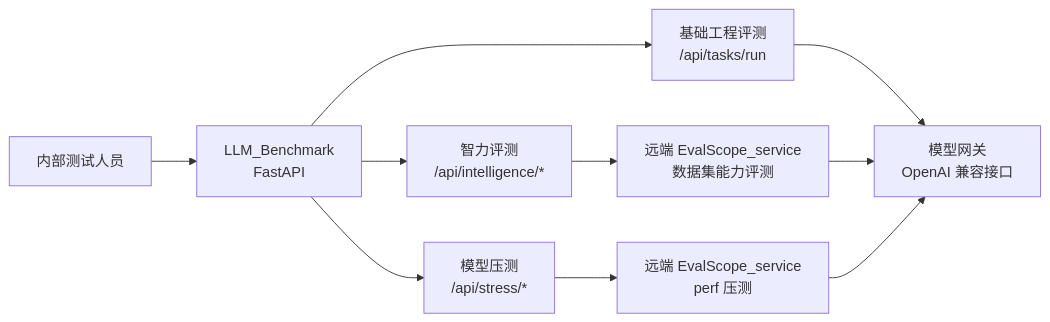
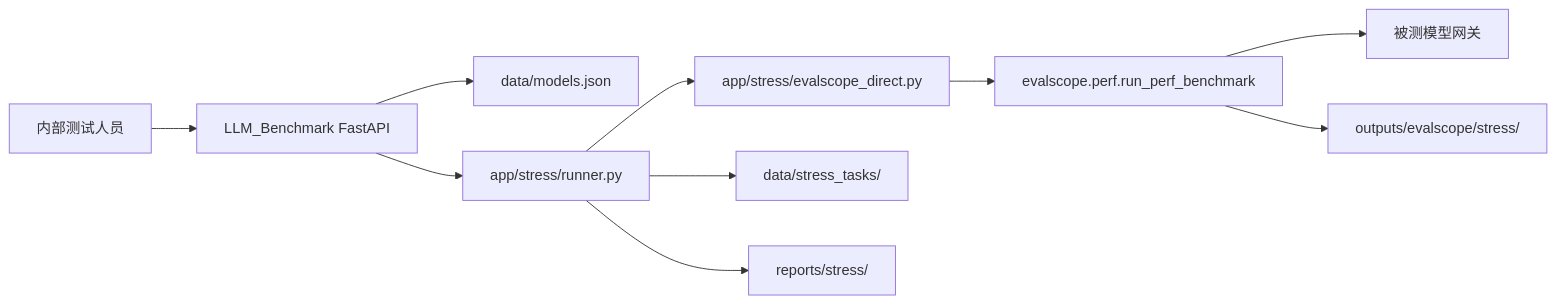
Before and after one commit to youzi211/LLM_Benchmark: the diagram in docs/superpowers/specs/2026-08-06-evalscope-stress-integration-design.md, drawn with Mermaid. The commit also changed other lines of this file and 66 other files, not shown here.

````diff
--- a/docs/superpowers/specs/2026-08-06-evalscope-stress-integration-design.md
+++ b/docs/superpowers/specs/2026-08-06-evalscope-stress-integration-design.md
@@ -38,14 +26,12 @@
 ```mermaid
 flowchart LR
-    User["内部测试人员"] --> Bench["LLM_Benchmark\nFastAPI"]
-    Bench --> Base["基础工程评测\n/api/tasks/run"]
-    Bench --> Intel["智力评测\n/api/intelligence/*"]
-    Bench --> Stress["模型压测\n/api/stress/*"]
-
-    Base --> Gateway["模型网关\nOpenAI 兼容接口"]
-    Intel --> EvalSvc["远端 EvalScope_service\n数据集能力评测"]
-    Stress --> EvalPerf["远端 EvalScope_service\nperf 压测"]
-
-    EvalSvc --> Gateway
-    EvalPerf --> Gateway
+    User["内部测试人员"] --> Bench["LLM_Benchmark FastAPI"]
+    Bench --> Models["data/models.json"]
+    Bench --> Stress["app/stress/runner.py"]
+    Stress --> Direct["app/stress/evalscope_direct.py"]
+    Direct --> EvalScope["evalscope.perf.run_perf_benchmark"]
+    EvalScope --> Gateway["被测模型网关"]
+    EvalScope --> Raw["outputs/evalscope/stress/"]
+    Stress --> Store["data/stress_tasks/"]
+    Stress --> Report["reports/stress/"]
 ```
````
